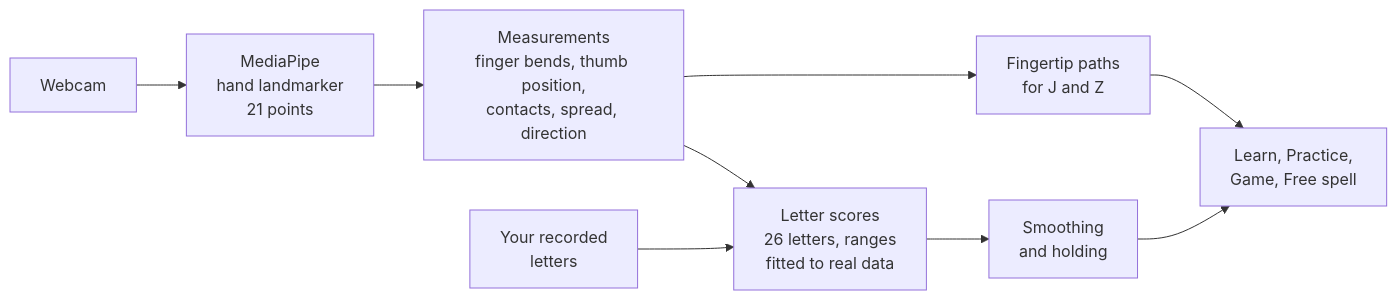
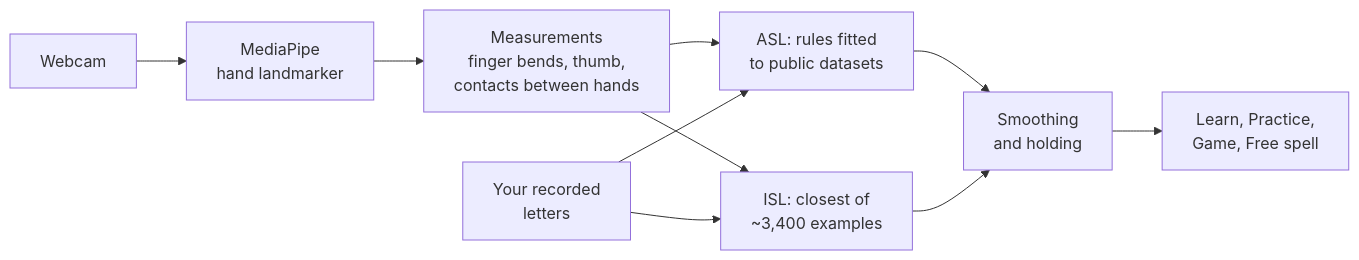
One commit to khjabir/handspell changed the diagram in README.md. Above: the diagram before and after it, drawn with Mermaid. The commit also changed other lines of this file and 1 other file, not shown here.

````diff
--- a/README.md
+++ b/README.md
@@ -99,11 +170,12 @@
 ```mermaid
 flowchart LR
-    cam["Webcam"] --> mp["MediaPipe<br/>hand landmarker<br/>21 points"]
-    mp --> feat["Measurements<br/>finger bends, thumb position,<br/>contacts, spread, direction"]
-    feat --> score["Letter scores<br/>26 letters, ranges<br/>fitted to real data"]
-    mine["Your recorded<br/>letters"] --> score
-    score --> smooth["Smoothing<br/>and holding"]
-    feat --> motion["Fingertip paths<br/>for J and Z"]
-    smooth --> modes["Learn, Practice,<br/>Game, Free spell"]
-    motion --> modes
+    cam["Webcam"] --> mp["MediaPipe<br/>hand landmarker"]
+    mp --> feat["Measurements<br/>finger bends, thumb,<br/>contacts between hands"]
+    feat --> asl["ASL: rules fitted<br/>to public datasets"]
+    feat --> isl["ISL: closest of<br/>~3,400 examples"]
+    mine["Your recorded<br/>letters"] --> asl
+    mine --> isl
+    asl --> live["Smoothing<br/>and holding"]
+    isl --> live
+    live --> modes["Learn, Practice,<br/>Game, Free spell"]
 ```
````
